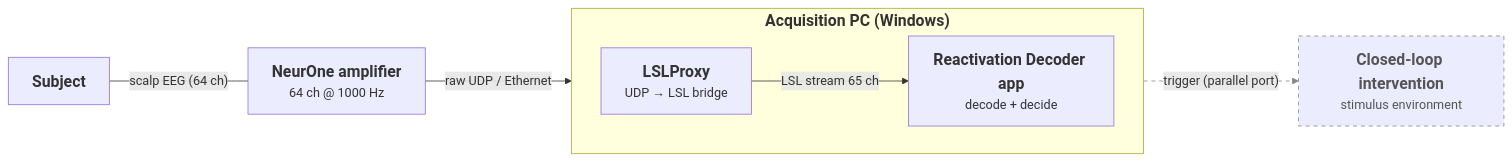
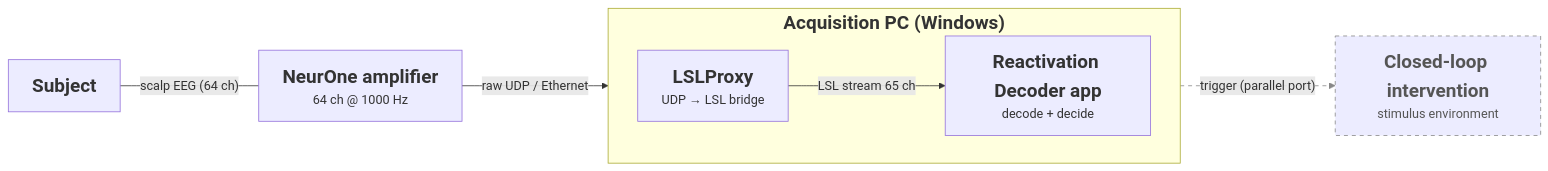
The fifth of 5 diagrams in docs/diagrams/Project Diagrams Blueprints.md (roiguri/live-reactivation-decoder), drawn with Mermaid before and after one commit. The commit also changed other lines of this file and 5 other files, not shown here.

Commit message:
docs(diagrams): update diagram images for clarity and consistency

````diff
--- a/docs/diagrams/Project Diagrams Blueprints.md
+++ b/docs/diagrams/Project Diagrams Blueprints.md
@@ -267,20 +267,20 @@
 ```mermaid
 flowchart LR
-    Subject["<span style='font-size:20px'><b>Subject</b></span>"]
-    Amp["<span style='font-size:20px'><b>NeurOne amplifier</b></span><br>64 ch @ 1000 Hz"]
-    subgraph AcqPC["<span style='font-size:20px'><b>Acquisition PC (Windows)</b></span>"]
+    Subject["<span style='font-size:24px'><b>Subject</b></span>"]
+    Amp["<span style='font-size:24px'><b>NeurOne amplifier</b></span><br><span style='font-size:16px'>64 ch @ 1000 Hz</span>"]
+    subgraph AcqPC["<span style='font-size:24px'><b>Acquisition PC (Windows)</b></span>"]
         direction LR
-        Proxy["<span style='font-size:20px'><b>LSLProxy</b></span><br>UDP → LSL bridge"]
-        App["<span style='font-size:20px'><b>Reactivation Decoder app</b></span><br>decode + decide"]
+        Proxy["<span style='font-size:24px'><b>LSLProxy</b></span><br><span style='font-size:16px'>UDP → LSL bridge</span>"]
+        App["<span style='font-size:24px'><b>Reactivation Decoder app</b></span><br><span style='font-size:16px'>decode + decide</span>"]
         Proxy -->|"LSL stream 65 ch"| App
     end
-    Down["<span style='font-size:20px'><b>Closed-loop intervention</b></span><br>stimulus environment"]
+    Down["<span style='font-size:24px'><b>Closed-loop intervention</b></span><br><span style='font-size:16px'>stimulus environment</span>"]
 
     Subject ---|"scalp EEG (64 ch)"| Amp
     Amp -->|"raw UDP / Ethernet"| Proxy
     App -.->|"trigger (parallel port)"| Down
 
     classDef future stroke:#888,stroke-dasharray: 5 5,color:#555;
     class Down future;
     linkStyle 3 stroke:#888,stroke-dasharray: 5 5;
 ```
````
